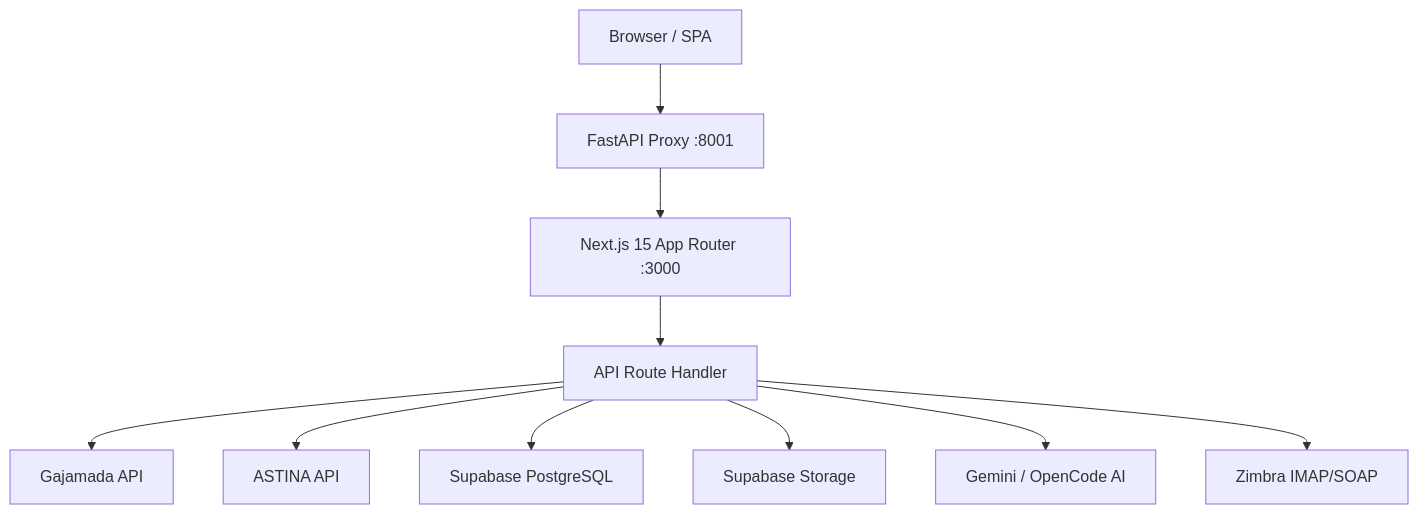
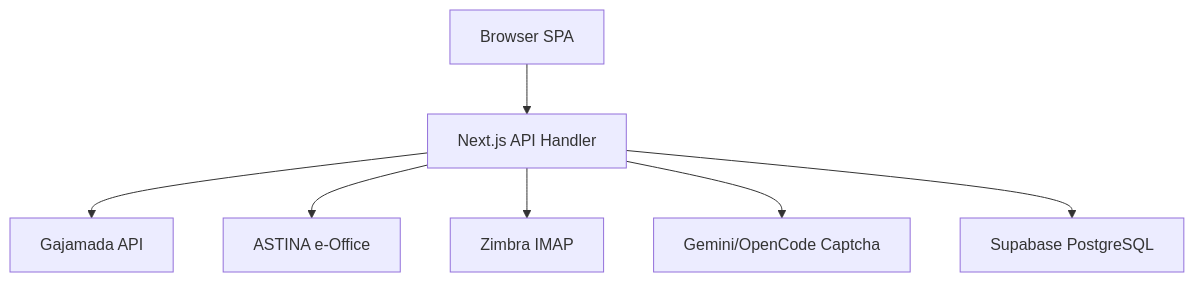
The diagram in brain/architecture.md (Kilodash/SIMONDU_WEB), drawn with Mermaid before and after one commit. The commit also changed other lines of this file and 31 other files, not shown here.

````diff
--- a/brain/architecture.md
+++ b/brain/architecture.md
@@ -12,12 +10,9 @@
 ```mermaid
 graph TD
-    A[Browser / SPA] --> B[FastAPI Proxy :8001]
-    B --> C[Next.js 15 App Router :3000]
-    C --> D[API Route Handler]
-    D --> E[Gajamada API]
-    D --> F[ASTINA API]
-    D --> G[Supabase PostgreSQL]
-    D --> H[Supabase Storage]
-    D --> I[Gemini / OpenCode AI]
-    D --> J[Zimbra IMAP/SOAP]
+    Browser[Browser SPA] --> NextAPI[Next.js API Handler]
+    NextAPI --> Gajamada[Gajamada API]
+    NextAPI --> ASTINA[ASTINA e-Office]
+    NextAPI --> Zimbra[Zimbra IMAP]
+    NextAPI --> LLM[Gemini/OpenCode Captcha]
+    NextAPI --> Supabase[Supabase PostgreSQL]
 ```
````
